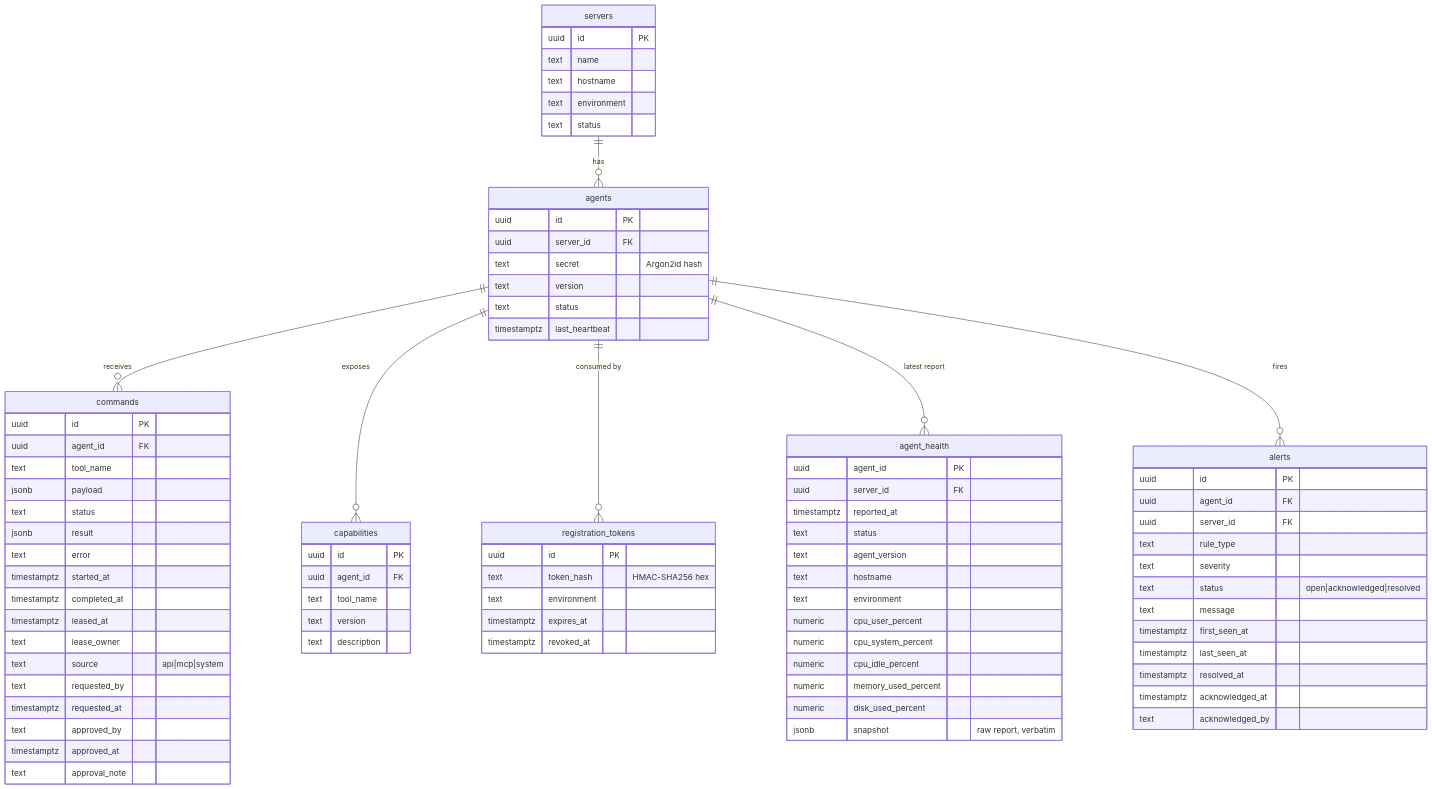
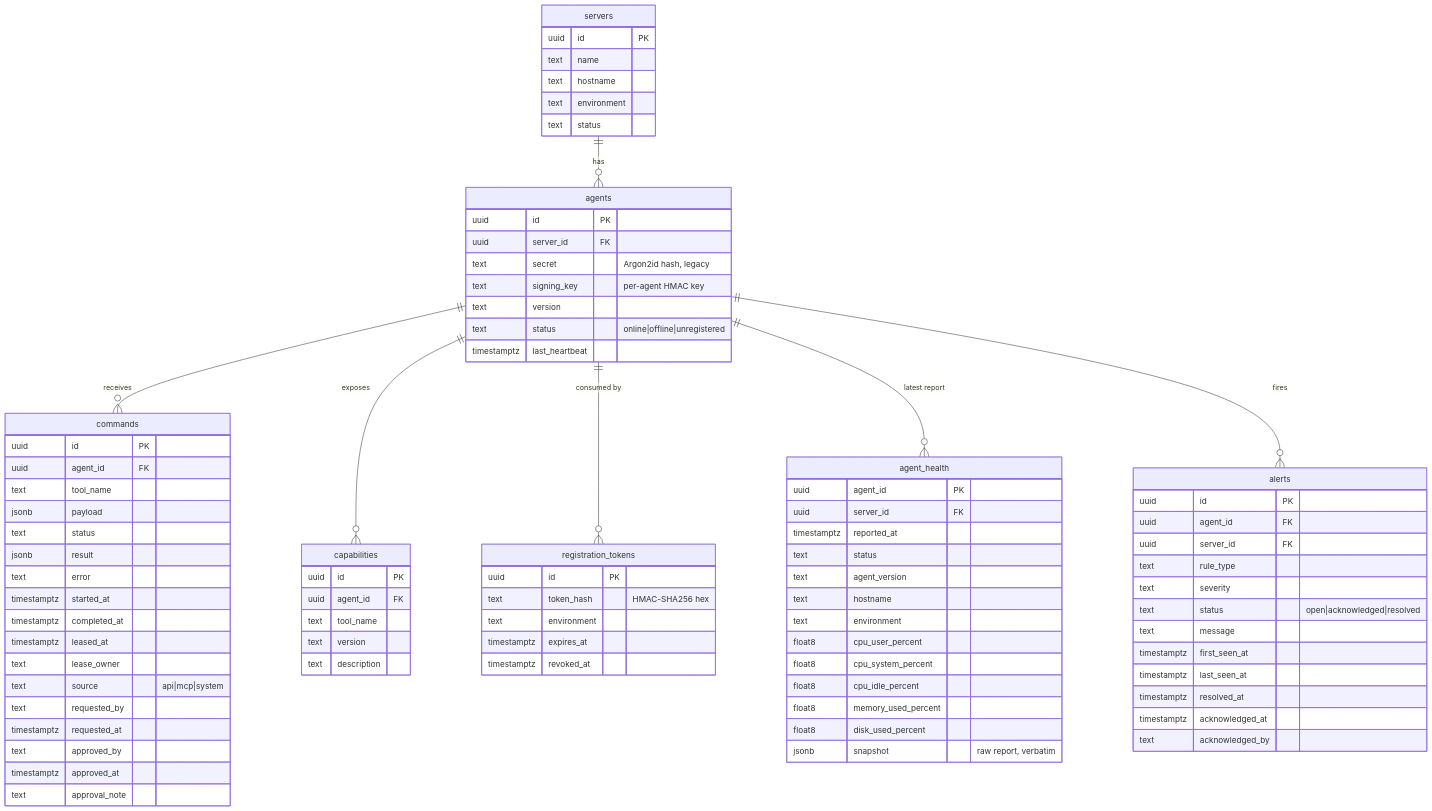
One commit to tsee9iii/opspilot changed the fourth of 7 diagrams in docs/architecture.md. Above: the diagram before and after it, drawn with Mermaid. The commit also changed other lines of this file and 3 other files, not shown here.

Commit message:
refactor: implement HMAC-based agent request signing and add SSE support for agent wake-ups

```diff
--- a/docs/architecture.md
+++ b/docs/architecture.md
@@ -141,9 +161,10 @@
     agents {
         uuid id PK
         uuid server_id FK
-        text secret "Argon2id hash"
+        text secret "Argon2id hash, legacy"
+        text signing_key "per-agent HMAC key"
         text version
-        text status
+        text status "online|offline|unregistered"
         timestamptz last_heartbeat
     }
     commands {
@@ -187,11 +208,11 @@
         text agent_version
         text hostname
         text environment
-        numeric cpu_user_percent
-        numeric cpu_system_percent
-        numeric cpu_idle_percent
-        numeric memory_used_percent
-        numeric disk_used_percent
+        float8 cpu_user_percent
+        float8 cpu_system_percent
+        float8 cpu_idle_percent
+        float8 memory_used_percent
+        float8 disk_used_percent
         jsonb snapshot "raw report, verbatim"
     }
     alerts {
```
